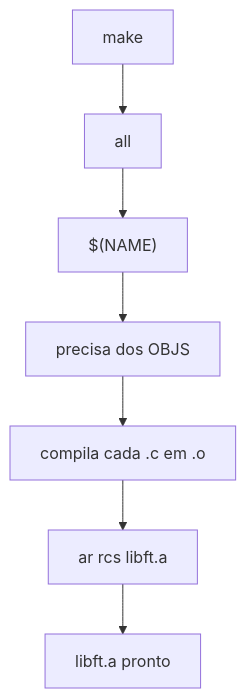
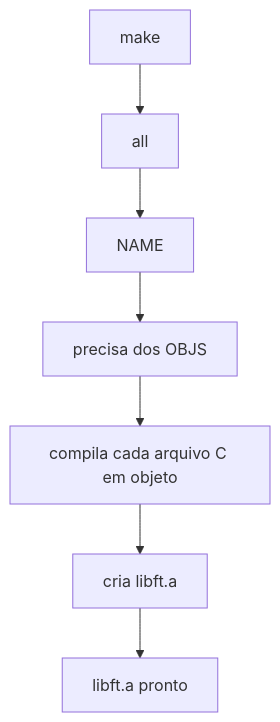
Before and after one commit to ahy-git/docs: the first of 43 diagrams in 1-libft/Readme.md, drawn with Mermaid.

Commit message:
tests libft2

````diff
--- a/1-libft/Readme.md
+++ b/1-libft/Readme.md
@@ -270,9 +270,9 @@
 ```mermaid
 flowchart TD
 	A["make"] --> B["all"]
-	B --> C["$(NAME)"]
+	B --> C["NAME"]
 	C --> D["precisa dos OBJS"]
-	D --> E["compila cada .c em .o"]
-	E --> F["ar rcs libft.a"]
+	D --> E["compila cada arquivo C em objeto"]
+	E --> F["cria libft.a"]
 	F --> G["libft.a pronto"]
 ```
````
